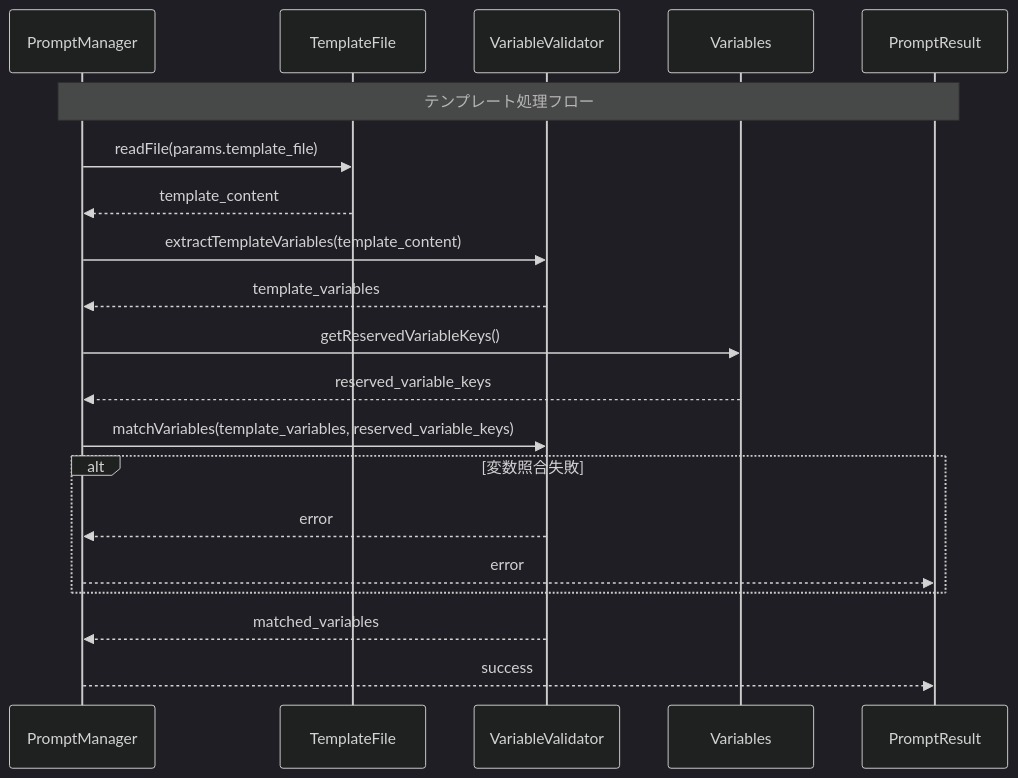
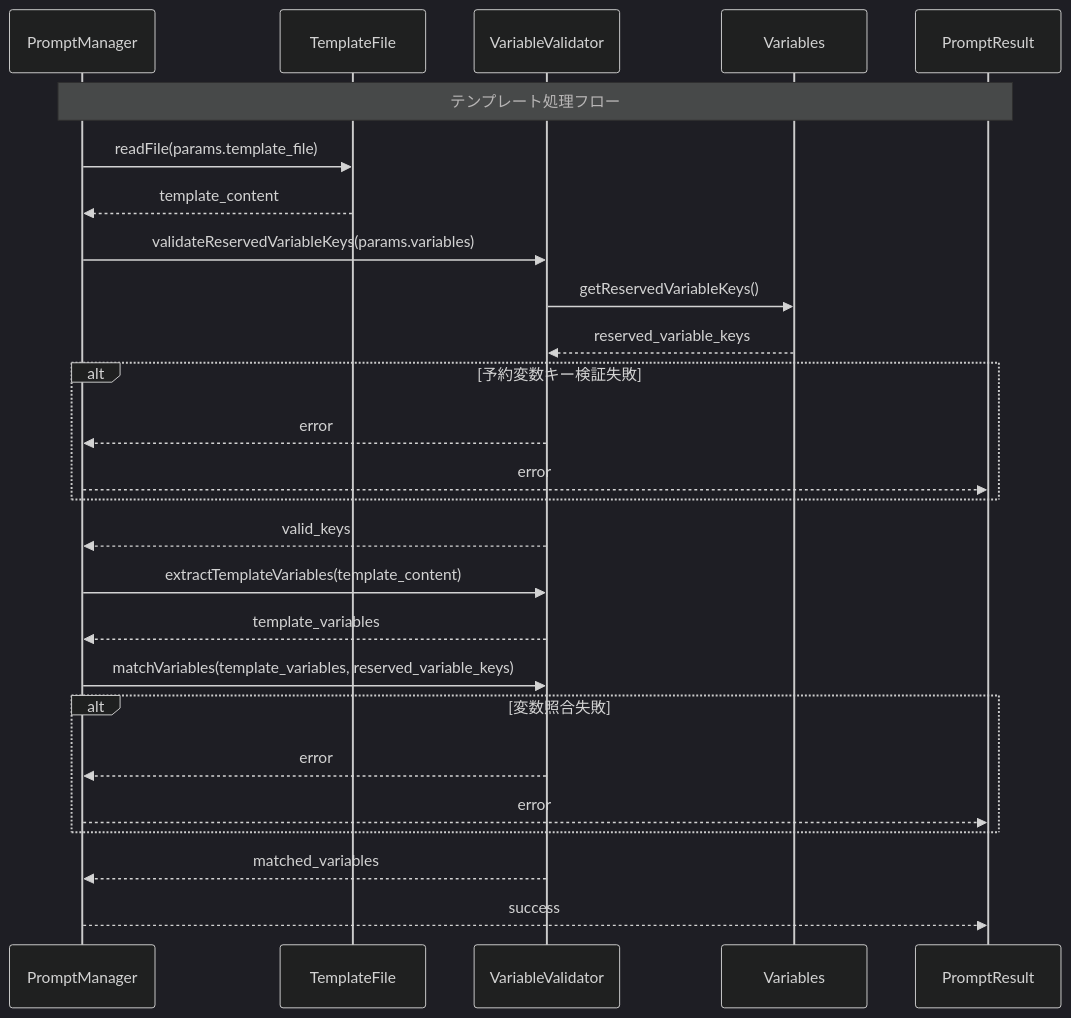
Before and after one commit to tettuan/breakdownprompt: the diagram in docs/uml/sequence_template_processing.md, drawn with Mermaid (dark theme). The commit also changed 9 other files, not shown here.

Commit message:
docs: update UML diagrams to show reserved variable class hierarchy and common processing flow

````diff
--- a/docs/uml/sequence_template_processing.md
+++ b/docs/uml/sequence_template_processing.md
@@ -5,27 +5,33 @@
 ```mermaid
 sequenceDiagram
     participant PromptManager
     participant TemplateFile
     participant VariableValidator
     participant Variables
     participant PromptResult
 
     Note over PromptManager,PromptResult: テンプレート処理フロー
     PromptManager->>TemplateFile: readFile(params.template_file)
     TemplateFile-->>PromptManager: template_content
 
+    PromptManager->>VariableValidator: validateReservedVariableKeys(params.variables)
+    VariableValidator->>Variables: getReservedVariableKeys()
+    Variables-->>VariableValidator: reserved_variable_keys
+    alt 予約変数キー検証失敗
+        VariableValidator-->>PromptManager: error
+        PromptManager-->>PromptResult: error
+    end
+    VariableValidator-->>PromptManager: valid_keys
+
     PromptManager->>VariableValidator: extractTemplateVariables(template_content)
     VariableValidator-->>PromptManager: template_variables
-
-    PromptManager->>Variables: getReservedVariableKeys()
-    Variables-->>PromptManager: reserved_variable_keys
 
     PromptManager->>VariableValidator: matchVariables(template_variables, reserved_variable_keys)
     alt 変数照合失敗
         VariableValidator-->>PromptManager: error
         PromptManager-->>PromptResult: error
     end
     VariableValidator-->>PromptManager: matched_variables
 
     PromptManager-->>PromptResult: success
 ```
````
